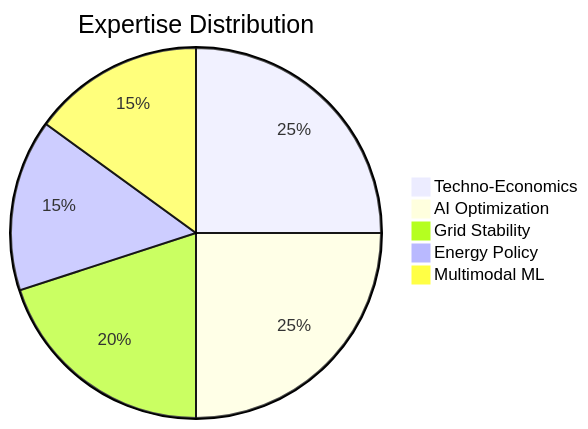
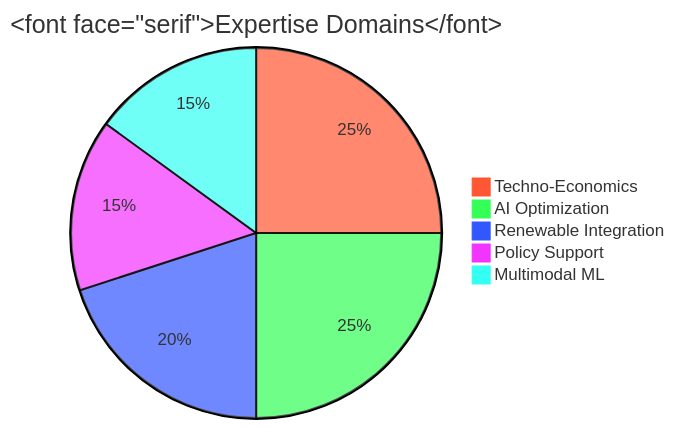
One commit to BurhanAbdullah/BurhanAbdullah changed the diagram in README.md. Above: the diagram before and after it, drawn with Mermaid. The commit also changed other lines of this file, not shown here.

Commit message:
Finalized Academic Visuals: Times Roman Headers, Skill Matrix, and Color Pie

````diff
--- a/README.md
+++ b/README.md
@@ -18,9 +19,9 @@
 ```mermaid
-pie
-    title Expertise Distribution
+%%{init: {'theme': 'base', 'themeVariables': { 'fontFamily': 'Times New Roman', 'primaryColor': '#ffcc00', 'pie1': '#ff5733', 'pie2': '#33ff57', 'pie3': '#3357ff', 'pie4': '#f333ff', 'pie5': '#33fff3'}}}%%
+pie title <font face="serif">Expertise Domains</font>
     "Techno-Economics" : 25
     "AI Optimization" : 25
-    "Grid Stability" : 20
-    "Energy Policy" : 15
+    "Renewable Integration" : 20
+    "Policy Support" : 15
     "Multimodal ML" : 15
 ```
````
